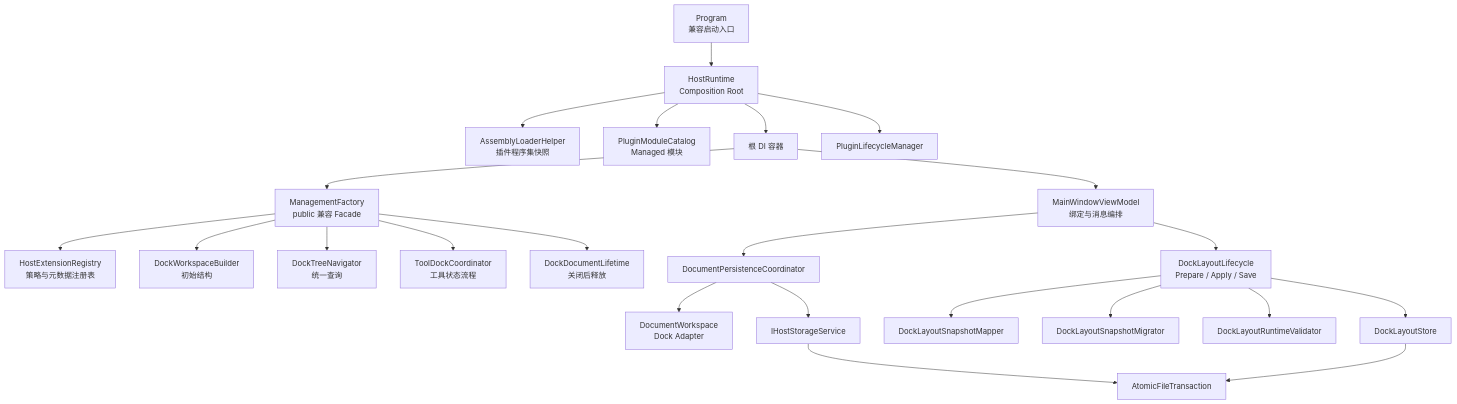
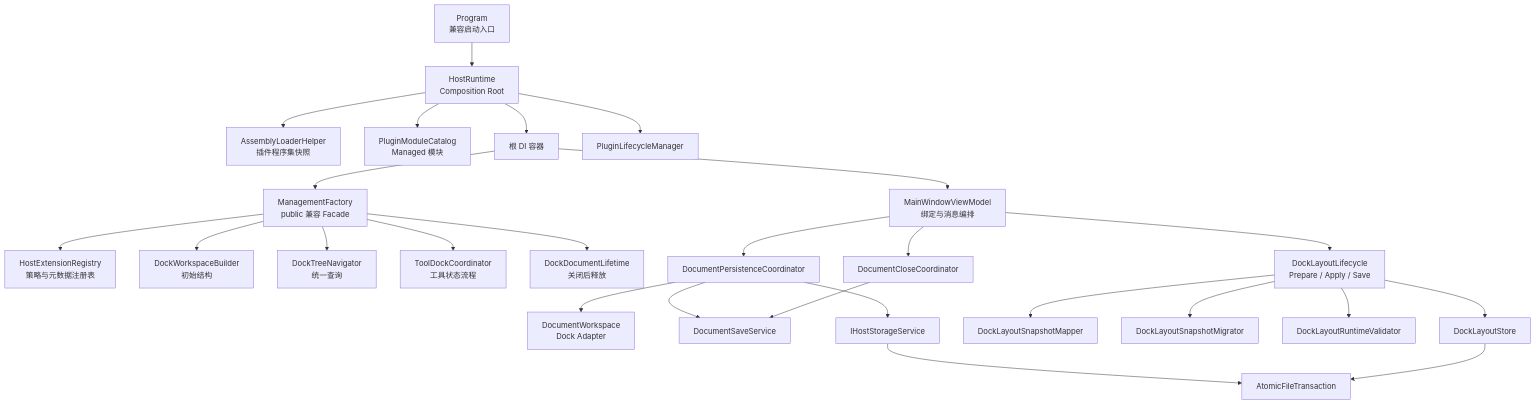
Before and after one commit to crownclowngx/avalonia_dock_simple_test: the first of 2 diagrams in Host/MyAvaloniaManagement/docs/design/architecture.md, drawn with Mermaid. The commit also changed other lines of this file and 48 other files, not shown here.

````diff
--- a/Host/MyAvaloniaManagement/docs/design/architecture.md
+++ b/Host/MyAvaloniaManagement/docs/design/architecture.md
@@ -18,28 +18,31 @@
 ```mermaid
 flowchart TB
     Program["Program<br/>兼容启动入口"] --> Runtime["HostRuntime<br/>Composition Root"]
     Runtime --> Loader["AssemblyLoaderHelper<br/>插件程序集快照"]
     Runtime --> Catalog["PluginModuleCatalog<br/>Managed 模块"]
     Runtime --> Container["根 DI 容器"]
     Runtime --> Lifecycle["PluginLifecycleManager"]
 
     Container --> Factory["ManagementFactory<br/>public 兼容 Facade"]
     Factory --> Registry["HostExtensionRegistry<br/>策略与元数据注册表"]
     Factory --> Builder["DockWorkspaceBuilder<br/>初始结构"]
     Factory --> Navigator["DockTreeNavigator<br/>统一查询"]
     Factory --> ToolCoordinator["ToolDockCoordinator<br/>工具状态流程"]
     Factory --> DocumentLifetime["DockDocumentLifetime<br/>关闭后释放"]
 
     Container --> MainVM["MainWindowViewModel<br/>绑定与消息编排"]
     MainVM --> Documents["DocumentPersistenceCoordinator"]
+    MainVM --> Close["DocumentCloseCoordinator"]
     Documents --> Workspace["DocumentWorkspace<br/>Dock Adapter"]
+    Documents --> Save["DocumentSaveService"]
+    Close --> Save
     Documents --> Storage["IHostStorageService"]
     Storage --> Atomic["AtomicFileTransaction"]
 
     MainVM --> Layout["DockLayoutLifecycle<br/>Prepare / Apply / Save"]
     Layout --> Mapper["DockLayoutSnapshotMapper"]
     Layout --> Migrator["DockLayoutSnapshotMigrator"]
     Layout --> Validator["DockLayoutRuntimeValidator"]
     Layout --> Store["DockLayoutStore"]
     Store --> Atomic
 ```
````
